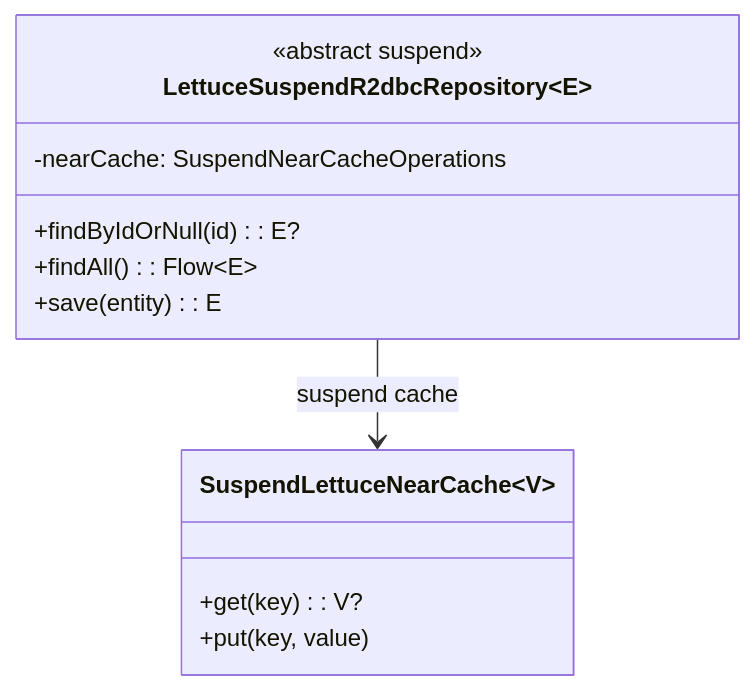
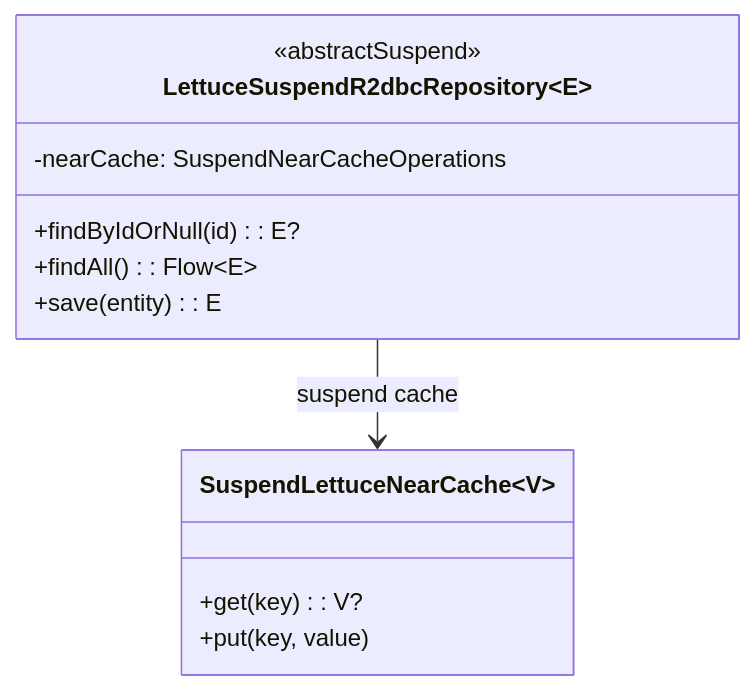
Before and after one commit to bluetape4k/bluetape4k-projects: the first of 7 diagrams in data/exposed-r2dbc-lettuce/README.md, drawn with Mermaid. The commit also changed other lines of this file and 95 other files, not shown here.

First line of the commit message:
docs: Mermaid 파서 오류 전체 수정 (IntelliJ IDEA 호환)

````diff
--- a/data/exposed-r2dbc-lettuce/README.md
+++ b/data/exposed-r2dbc-lettuce/README.md
@@ -75,21 +75,17 @@
 ```mermaid
 classDiagram
     direction TB
     class LettuceSuspendR2dbcRepository~E~ {
-        <<abstract suspend>>
+        <<abstractSuspend>>
         -nearCache: SuspendNearCacheOperations
         +findByIdOrNull(id): E?
         +findAll(): Flow~E~
         +save(entity): E
     }
     class SuspendLettuceNearCache~V~ {
         +get(key): V?
         +put(key, value)
     }
     LettuceSuspendR2dbcRepository --> SuspendLettuceNearCache : suspend cache
 
-    classDef repoStyle fill:#2196F3
-    classDef cacheStyle fill:#F44336
-    class LettuceSuspendR2dbcRepository:::repoStyle
-    class SuspendLettuceNearCache:::cacheStyle
 ```
````
